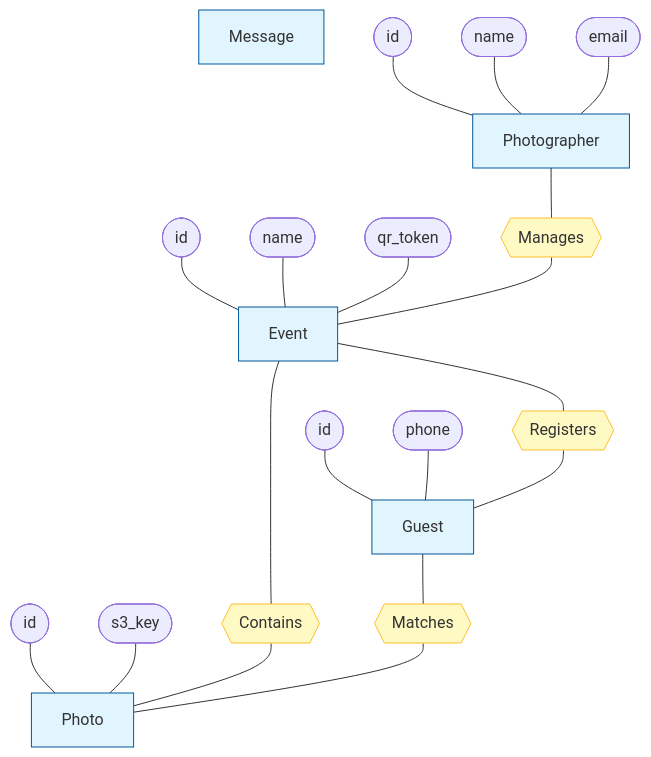
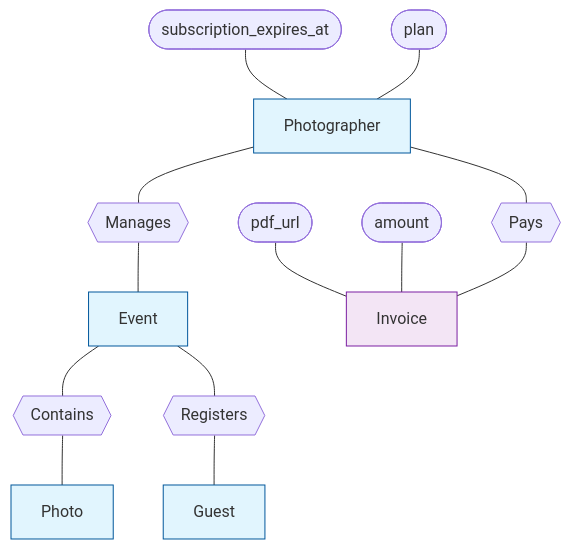
One commit to JoelJose212/SnapMoment changed the third of 6 diagrams in README.md. Above: the diagram before and after it, drawn with Mermaid. The commit also changed other lines of this file, not shown here.

Commit message:
docs: update README with new architecture and features

````diff
--- a/README.md
+++ b/README.md
@@ -169,55 +181,39 @@
 ```mermaid
 graph TD
     %% Entities
     Photographer[Photographer]
     Event[Event]
     Photo[Photo]
     Guest[Guest]
-    Msg[Message]
+    Invoice[Invoice]
 
     %% Relationships
     Photog_Ev{{"Manages"}}
     Ev_Ph{{"Contains"}}
     Ev_Gs{{"Registers"}}
-    Gs_Ph{{"Matches"}}
+    Photog_Inv{{"Pays"}}
 
-    %% Photographer Attributes
-    p_id([id]) --- Photographer
-    p_name([name]) --- Photographer
-    p_email([email]) --- Photographer
-
-    %% Event Attributes
-    e_id([id]) --- Event
-    e_name([name]) --- Event
-    e_qr([qr_token]) --- Event
-
-    %% Photo Attributes
-    ph_id([id]) --- Photo
-    ph_key([s3_key]) --- Photo
-
-    %% Guest Attributes
-    g_id([id]) --- Guest
-    g_ph([phone]) --- Guest
+    %% Attributes
+    sub_exp([subscription_expires_at]) --- Photographer
+    p_plan([plan]) --- Photographer
+    
+    inv_pdf([pdf_url]) --- Invoice
+    inv_amt([amount]) --- Invoice
 
     %% Connections
     Photographer --- Photog_Ev
+    Photographer --- Photog_Inv
+    Photog_Inv --- Invoice
     Photog_Ev --- Event
     Event --- Ev_Ph
     Ev_Ph --- Photo
     Event --- Ev_Gs
     Ev_Gs --- Guest
-    Guest --- Gs_Ph
-    Gs_Ph --- Photo
 
     %% Styling
     style Photographer fill:#e1f5fe,stroke:#01579b
     style Event fill:#e1f5fe,stroke:#01579b
     style Photo fill:#e1f5fe,stroke:#01579b
     style Guest fill:#e1f5fe,stroke:#01579b
-    style Msg fill:#e1f5fe,stroke:#01579b
-    
-    style Photog_Ev fill:#fff9c4,stroke:#fbc02d
-    style Ev_Ph fill:#fff9c4,stroke:#fbc02d
-    style Ev_Gs fill:#fff9c4,stroke:#fbc02d
-    style Gs_Ph fill:#fff9c4,stroke:#fbc02d
+    style Invoice fill:#f3e5f5,stroke:#7b1fa2
 ```
````
